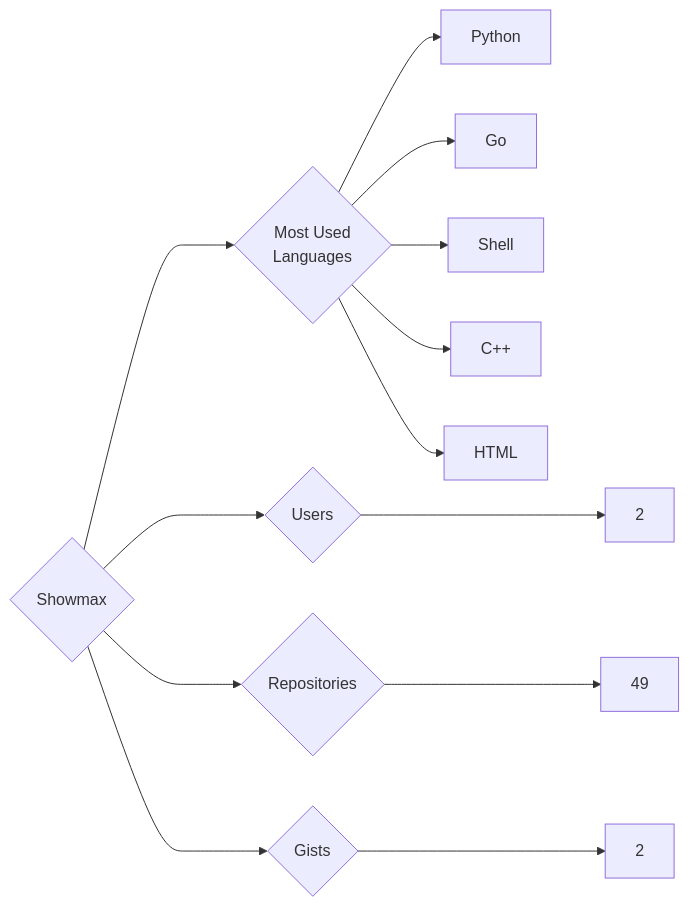
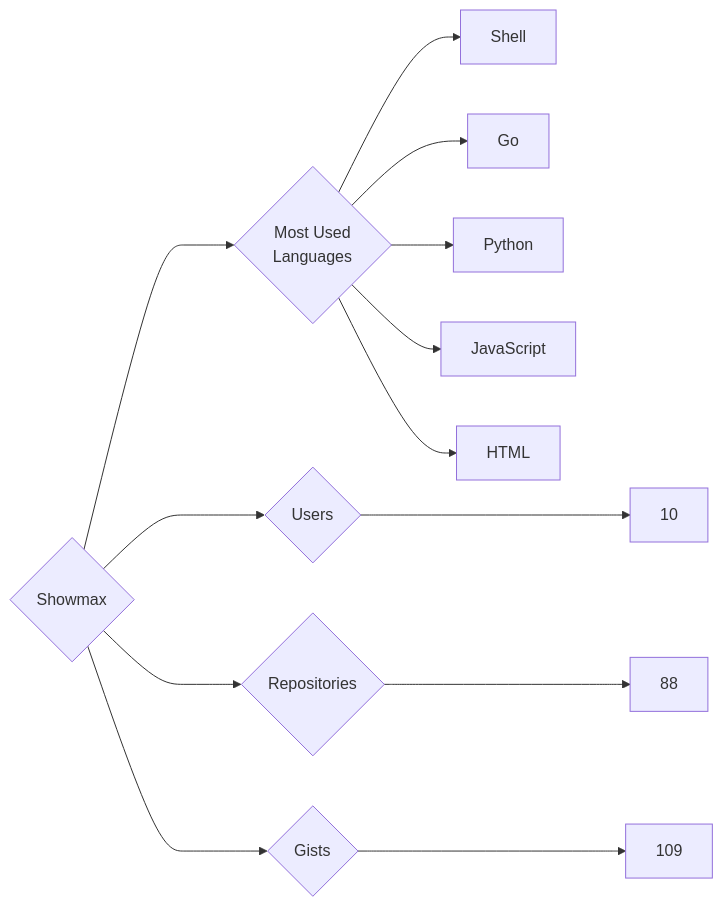
Before and after one commit to trickest/insiders: the diagram in targets/Showmax/README.md, drawn with Mermaid. The commit also changed 806 other files, not shown here.

````diff
--- a/targets/Showmax/README.md
+++ b/targets/Showmax/README.md
@@ -3,13 +3,13 @@
 ```mermaid
 graph LR
 COMPANY_NAME{Showmax}
-COMPANY_NAME ---> U{Users} ---> UN[2]
-COMPANY_NAME ---> R{Repositories} ---> RN[49]
-COMPANY_NAME ---> G{Gists} ---> GN[2]
+COMPANY_NAME ---> U{Users} ---> UN[10]
+COMPANY_NAME ---> R{Repositories} ---> RN[88]
+COMPANY_NAME ---> G{Gists} ---> GN[109]
 COMPANY_NAME ---> ML{Most Used<br>Languages}
+ML --> Shell[Shell]
+ML --> Go[Go]
 ML --> Python[Python]
-ML --> Go[Go]
-ML --> Shell[Shell]
-ML --> C++[C++]
+ML --> JavaScript[JavaScript]
 ML --> HTML[HTML]
 ```
````
